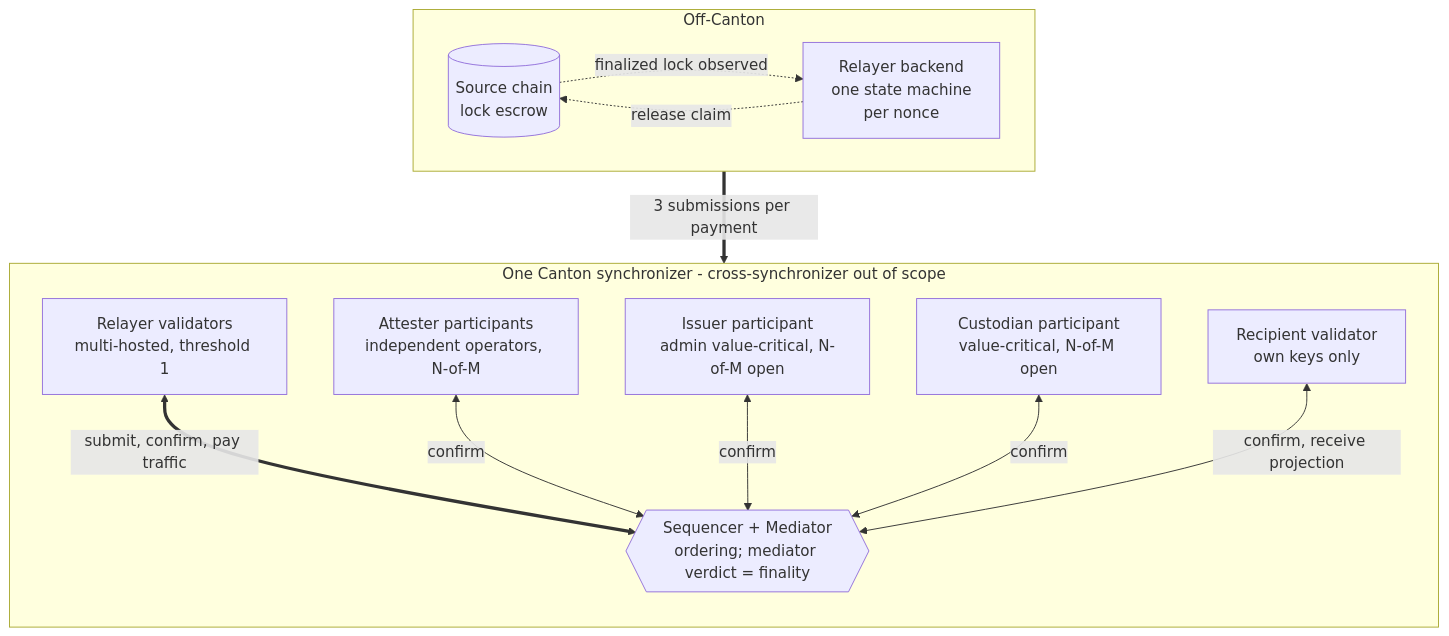
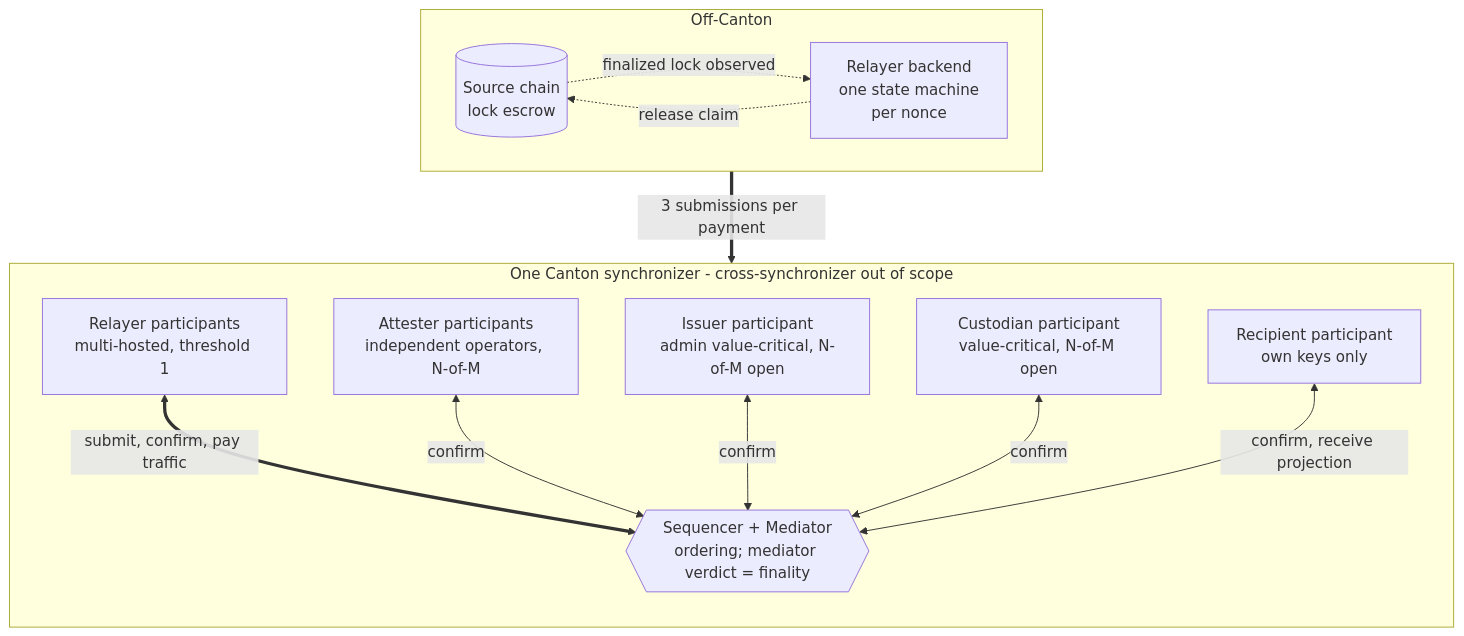
Before and after one commit to OpenZeppelin/canton-specs: the second of 6 diagrams in docs/reference-architectures/cross-chain-stablecoin.md, drawn with Mermaid. The commit also changed other lines of this file, not shown here.

First line of the commit message:
use participant for hosting and validator for traffic

````diff
--- a/docs/reference-architectures/cross-chain-stablecoin.md
+++ b/docs/reference-architectures/cross-chain-stablecoin.md
@@ -222,28 +223,28 @@
 ```mermaid
 flowchart TB
     subgraph Off["Off-Canton"]
         direction LR
         Chain[("Source chain<br/>lock escrow")]
         Backend["Relayer backend<br/>one state machine<br/>per nonce"]
     end
 
     subgraph Canton["One Canton synchronizer - cross-synchronizer out of scope"]
         direction TB
-        NRel["Relayer validators<br/>multi-hosted, threshold 1"]
+        NRel["Relayer participants<br/>multi-hosted, threshold 1"]
         NAtt["Attester participants<br/>independent operators, N-of-M"]
         NIss["Issuer participant<br/>admin value-critical, N-of-M open"]
         NCus["Custodian participant<br/>value-critical, N-of-M open"]
-        NRec["Recipient validator<br/>own keys only"]
+        NRec["Recipient participant<br/>own keys only"]
         Sync{{"Sequencer + Mediator<br/>ordering; mediator verdict = finality"}}
     end
 
     Chain -.->|"finalized lock observed"| Backend
     Backend -.->|"release claim"| Chain
     Backend ==>|"3 submissions per payment"| NRel
 
     NRel <==>|"submit, confirm, pay traffic"| Sync
     NAtt <-->|"confirm"| Sync
     NIss <-->|"confirm"| Sync
     NCus <-->|"confirm"| Sync
     NRec <-->|"confirm, receive projection"| Sync
 ```
````
